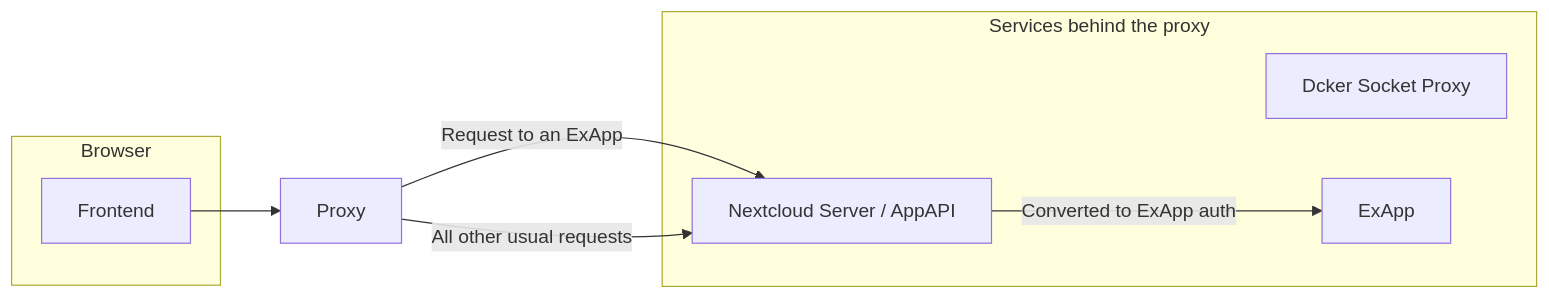
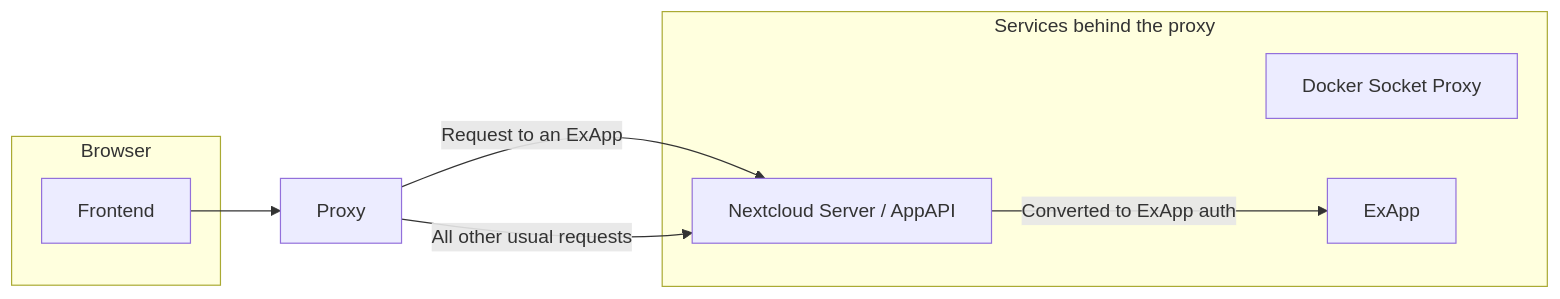
The first of 2 diagrams in admin_manual/exapps_management/AppAPIAndExternalApps.rst (nextcloud/documentation), drawn with Mermaid before and after one commit.

Commit message:
Update AppAPIAndExternalApps.rst
Fixing typo

```diff
--- a/admin_manual/exapps_management/AppAPIAndExternalApps.rst
+++ b/admin_manual/exapps_management/AppAPIAndExternalApps.rst
@@ -127,18 +127,18 @@
 .. mermaid::
 
 	graph LR;
 		subgraph Browser
 			A[Frontend]
 		end
 
 		B[Proxy]
 
 		subgraph Services behind the proxy
-			C[Dcker Socket Proxy]
+			C[Docker Socket Proxy]
 			D[ExApp]
 			E[Nextcloud Server / AppAPI]
 		end
 
 		A --> B
 		B -->|Request to an ExApp| E --Converted to ExApp auth--> D
 		B -->|All other usual requests| E
```
